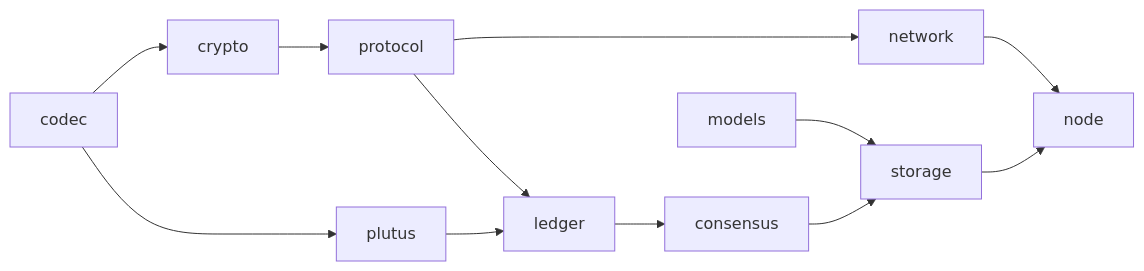
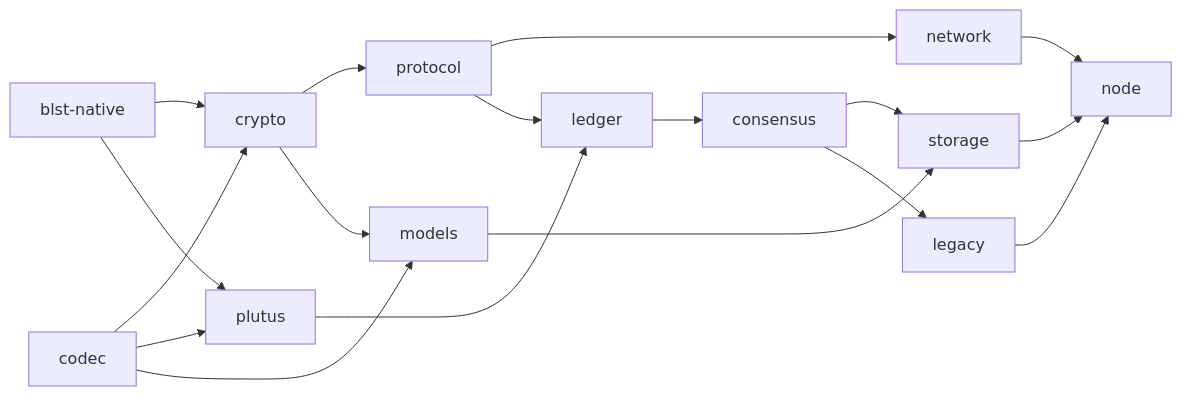
One commit to KD5UJC-XYZ/scarab changed the diagram in README.md. Above: the diagram before and after it, drawn with Mermaid. The commit also changed other lines of this file and 21 other files, not shown here.

````diff
--- a/README.md
+++ b/README.md
@@ -135,11 +142,16 @@
 ```mermaid
 flowchart LR
   codec --> crypto --> protocol --> network
+  blstNative[blst-native] --> crypto
+  blstNative --> plutus
   codec --> plutus
   protocol --> ledger
   plutus --> ledger
   ledger --> consensus --> storage
+  consensus --> legacy --> node
+  codec --> models
+  crypto --> models
   models --> storage
   storage --> node
   network --> node
 ```
````
